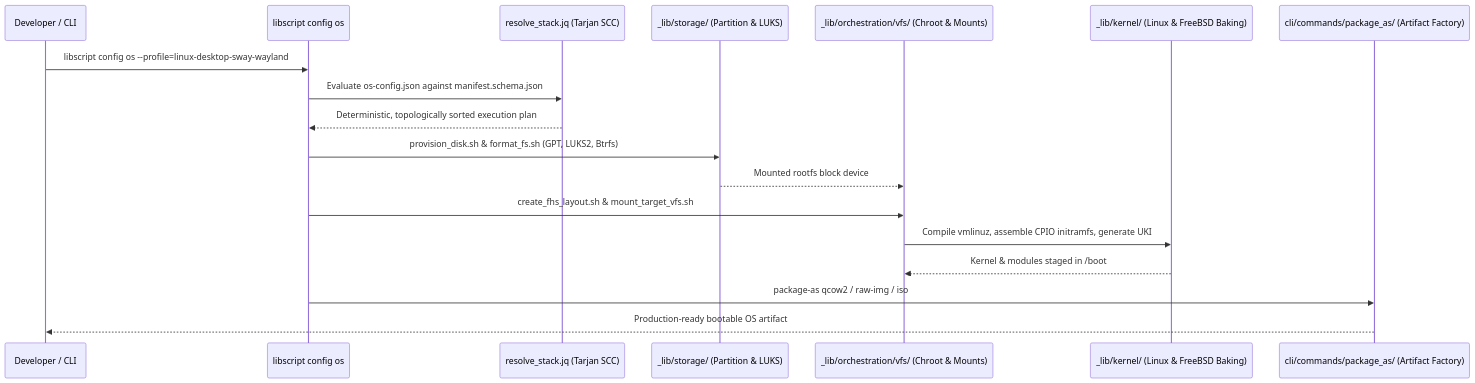
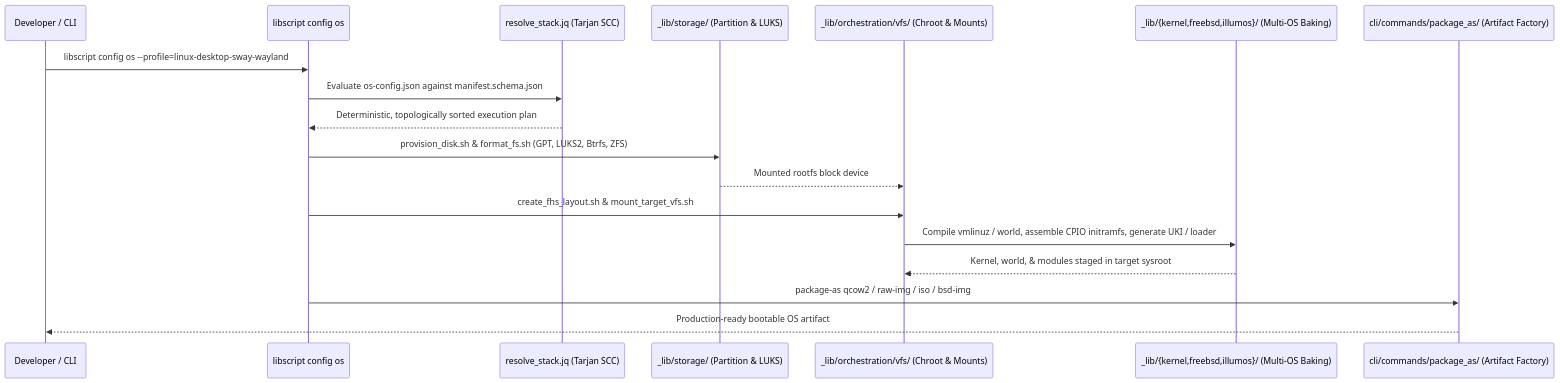
One commit to SamuelMarks/libscript changed the sixth of 8 diagrams in ARCHITECTURE.md. Above: the diagram before and after it, drawn with Mermaid. The commit also changed other lines of this file and 17 other files, not shown here.

````diff
--- a/ARCHITECTURE.md
+++ b/ARCHITECTURE.md
@@ -233,21 +233,21 @@
 ```mermaid
 sequenceDiagram
     participant User as Developer / CLI
     participant Config as libscript config os
     participant Solver as resolve_stack.jq (Tarjan SCC)
     participant Storage as _lib/storage/ (Partition & LUKS)
     participant VFS as _lib/orchestration/vfs/ (Chroot & Mounts)
-    participant Kernel as _lib/kernel/ (Linux & FreeBSD Baking)
+    participant Kernel as _lib/{kernel,freebsd,illumos}/ (Multi-OS Baking)
     participant PackageAs as cli/commands/package_as/ (Artifact Factory)
 
     User->>Config: libscript config os --profile=linux-desktop-sway-wayland
     Config->>Solver: Evaluate os-config.json against manifest.schema.json
     Solver-->>Config: Deterministic, topologically sorted execution plan
-    Config->>Storage: provision_disk.sh & format_fs.sh (GPT, LUKS2, Btrfs)
+    Config->>Storage: provision_disk.sh & format_fs.sh (GPT, LUKS2, Btrfs, ZFS)
     Storage-->>VFS: Mounted rootfs block device
     Config->>VFS: create_fhs_layout.sh & mount_target_vfs.sh
-    VFS->>Kernel: Compile vmlinuz, assemble CPIO initramfs, generate UKI
-    Kernel-->>VFS: Kernel & modules staged in /boot
-    Config->>PackageAs: package-as qcow2 / raw-img / iso
+    VFS->>Kernel: Compile vmlinuz / world, assemble CPIO initramfs, generate UKI / loader
+    Kernel-->>VFS: Kernel, world, & modules staged in target sysroot
+    Config->>PackageAs: package-as qcow2 / raw-img / iso / bsd-img
     PackageAs-->>User: Production-ready bootable OS artifact
 ```
````
